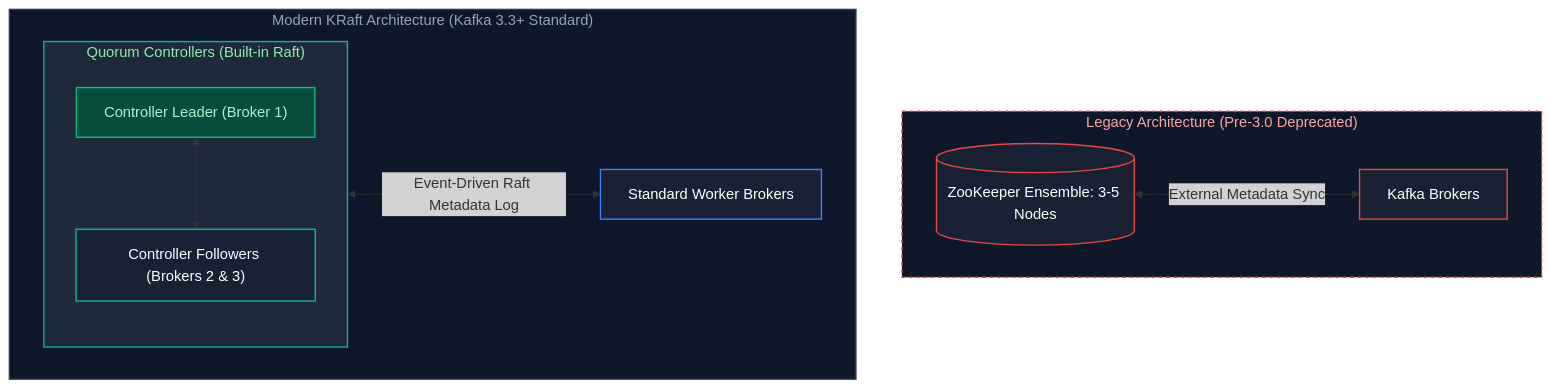
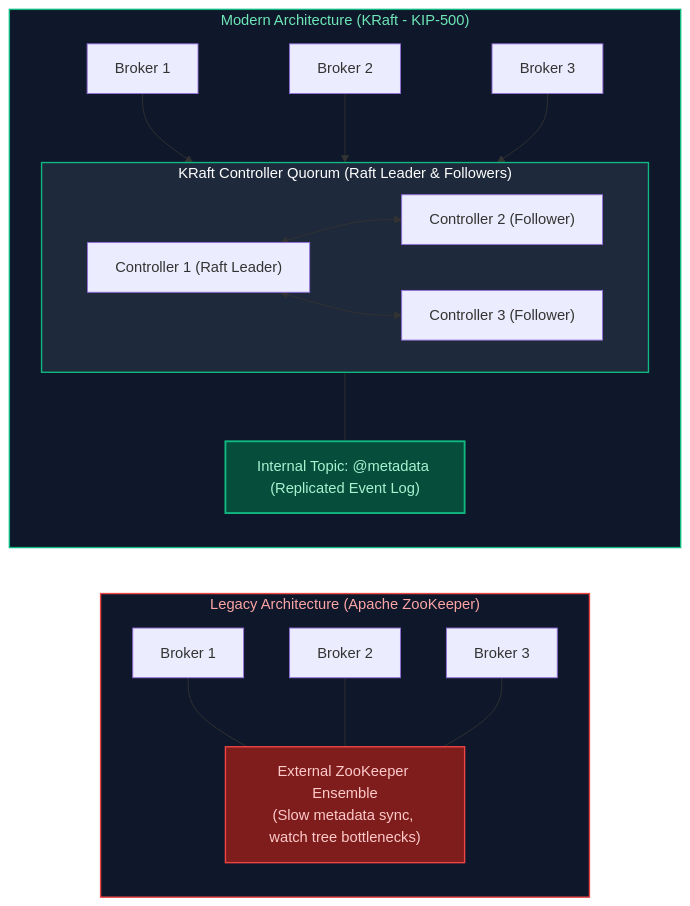
The ninth of 14 diagrams in Data Engineering/11_streaming_and_kafka_event_streaming.md (joydeep-biswas/Interview-Preparation), drawn with Mermaid before and after one commit. The commit also changed other lines of this file and 143 other files, not shown here.

````diff
--- a/Data Engineering/11_streaming_and_kafka_event_streaming.md
+++ b/Data Engineering/11_streaming_and_kafka_event_streaming.md
@@ -368,23 +441,27 @@
 ```mermaid
-flowchart TD
-    subgraph LegacyZooKeeper ["Legacy Architecture (Pre-3.0 Deprecated)"]
-        ZK[(ZooKeeper Ensemble: 3-5 Nodes)] <-->|External Metadata Sync| KBrokers[Kafka Brokers]
+flowchart LR
+    subgraph ZooKeeperArch ["Legacy Architecture (Apache ZooKeeper)"]
+        ZK["External ZooKeeper Ensemble<br/>(Slow metadata sync, watch tree bottlenecks)"]
+        B1_Z["Broker 1"] --- ZK
+        B2_Z["Broker 2"] --- ZK
+        B3_Z["Broker 3"] --- ZK
     end
 
-    subgraph ModernKRaft ["Modern KRaft Architecture (Kafka 3.3+ Standard)"]
-        subgraph KRaftQuorum ["Quorum Controllers (Built-in Raft)"]
-            LeaderC["Controller Leader (Broker 1)"] <--> FollowerC["Controller Followers (Brokers 2 & 3)"]
+    subgraph KRaftArch ["Modern Architecture (KRaft - KIP-500)"]
+        subgraph ControllerQuorum ["KRaft Controller Quorum (Raft Leader & Followers)"]
+            C1["Controller 1 (Raft Leader)"]
+            C2["Controller 2 (Follower)"]
+            C3["Controller 3 (Follower)"]
+            C1 <--> C2 & C3
         end
-        KRaftQuorum <-->|Event-Driven Raft Metadata Log| WorkerBrokers["Standard Worker Brokers"]
+        MetaLog["Internal Topic: @metadata (Replicated Event Log)"]
+        ControllerQuorum --- MetaLog
+        B1_K["Broker 1"] & B2_K["Broker 2"] & B3_K["Broker 3"] --> ControllerQuorum
     end
 
-    style LegacyZooKeeper fill:#0f172a,stroke:#ef4444,stroke-width:1.5px,stroke-dasharray: 4 4,color:#fca5a5
-    style ModernKRaft fill:#0f172a,stroke:#334155,stroke-width:1.5px,color:#94a3b8
-    style KRaftQuorum fill:#1e293b,stroke:#10b981,stroke-width:1.5px,color:#86efac
-
-    style ZK fill:#182234,stroke:#ef4444,stroke-width:1.5px,color:#fff
-    style KBrokers fill:#182234,stroke:#ef4444,stroke-width:1.5px,color:#fff
-    style LeaderC fill:#064e3b,stroke:#10b981,stroke-width:1.5px,color:#a7f3d0
-    style FollowerC fill:#182234,stroke:#10b981,stroke-width:1.5px,color:#fff
-    style WorkerBrokers fill:#182234,stroke:#3b82f6,stroke-width:1.5px,color:#fff
+    style ZooKeeperArch fill:#0f172a,stroke:#ef4444,stroke-width:1.5px,color:#fca5a5
+    style KRaftArch fill:#0f172a,stroke:#10b981,stroke-width:1.5px,color:#6ee7b7
+    style ZK fill:#7f1d1d,stroke:#ef4444,stroke-width:1.5px,color:#fecaca
+    style ControllerQuorum fill:#1e293b,stroke:#10b981,stroke-width:1.5px,color:#fff
+    style MetaLog fill:#064e3b,stroke:#10b981,stroke-width:2px,color:#a7f3d0
 ```
````
